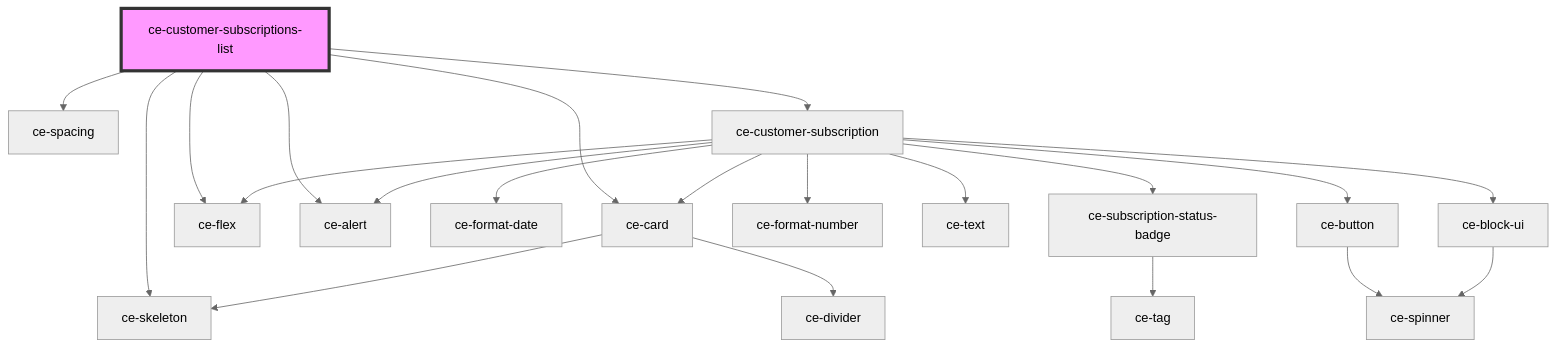
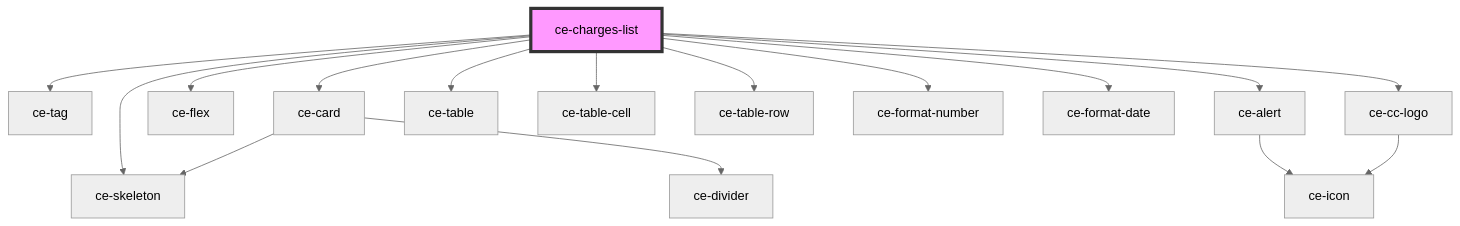
One commit to surecart/surecart-wp-plugin changed the diagram in packages/components/src/components/controllers/dashboard/charges-list/readme.md. Above: the diagram before and after it, drawn with Mermaid (neutral theme). The commit also changed other lines of this file and 101 other files, not shown here.

Commit message:
Block spacing.

````diff
--- a/packages/components/src/components/controllers/dashboard/charges-list/readme.md
+++ b/packages/components/src/components/controllers/dashboard/charges-list/readme.md
@@ -39,24 +32,19 @@
 ```mermaid
 graph TD;
-  ce-customer-subscriptions-list --> ce-card
-  ce-customer-subscriptions-list --> ce-flex
-  ce-customer-subscriptions-list --> ce-skeleton
-  ce-customer-subscriptions-list --> ce-alert
-  ce-customer-subscriptions-list --> ce-spacing
-  ce-customer-subscriptions-list --> ce-customer-subscription
+  ce-charges-list --> ce-tag
+  ce-charges-list --> ce-card
+  ce-charges-list --> ce-flex
+  ce-charges-list --> ce-skeleton
+  ce-charges-list --> ce-alert
+  ce-charges-list --> ce-table
+  ce-charges-list --> ce-table-cell
+  ce-charges-list --> ce-table-row
+  ce-charges-list --> ce-format-number
+  ce-charges-list --> ce-format-date
+  ce-charges-list --> ce-cc-logo
   ce-card --> ce-skeleton
   ce-card --> ce-divider
-  ce-customer-subscription --> ce-format-date
-  ce-customer-subscription --> ce-subscription-status-badge
-  ce-customer-subscription --> ce-card
-  ce-customer-subscription --> ce-flex
-  ce-customer-subscription --> ce-format-number
-  ce-customer-subscription --> ce-text
-  ce-customer-subscription --> ce-button
-  ce-customer-subscription --> ce-alert
-  ce-customer-subscription --> ce-block-ui
-  ce-subscription-status-badge --> ce-tag
-  ce-button --> ce-spinner
-  ce-block-ui --> ce-spinner
-  style ce-customer-subscriptions-list fill:#f9f,stroke:#333,stroke-width:4px
+  ce-alert --> ce-icon
+  ce-cc-logo --> ce-icon
+  style ce-charges-list fill:#f9f,stroke:#333,stroke-width:4px
 ```
````
